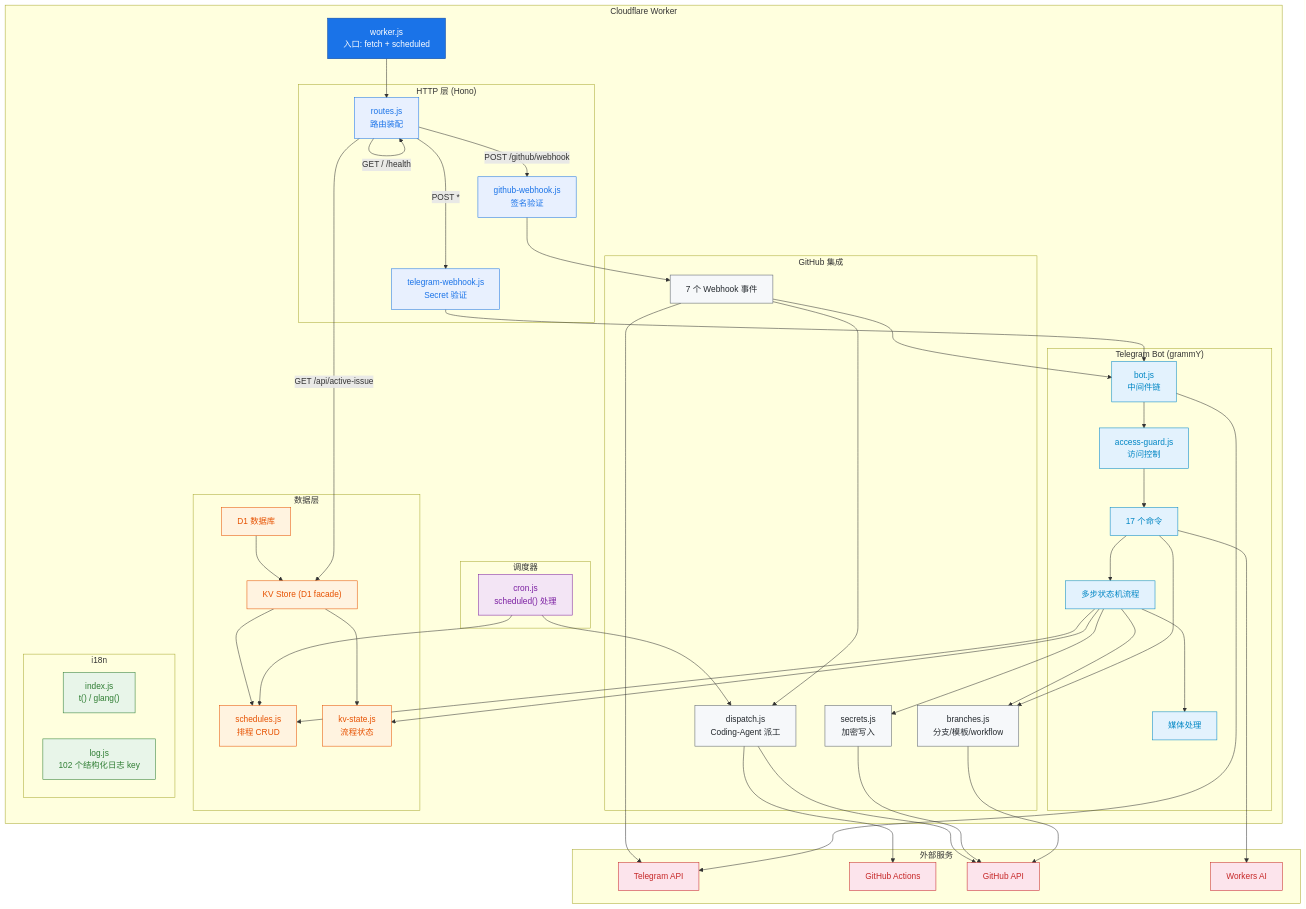
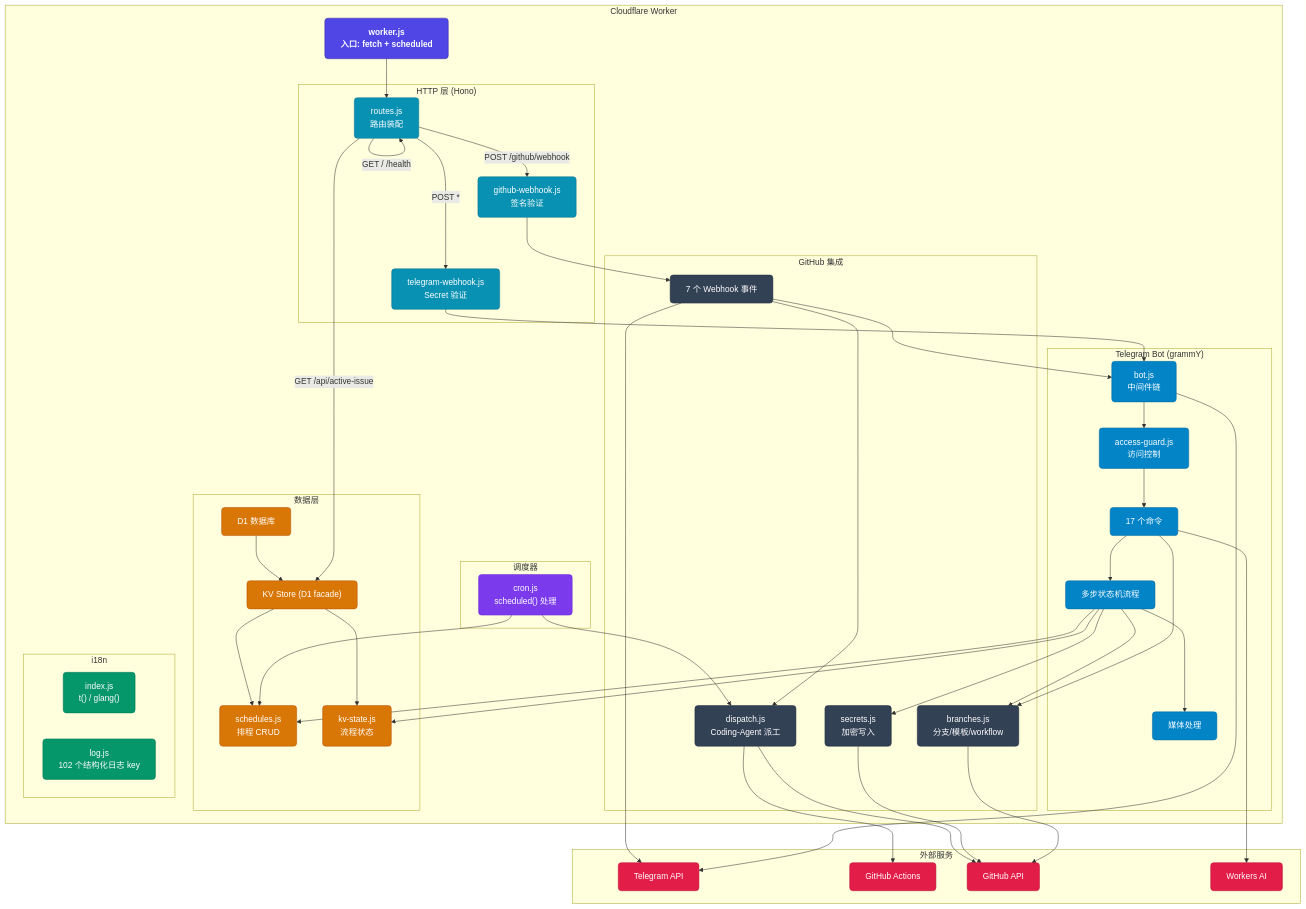
One commit to jeffsia-blacksmith/altShiftClawCore changed the first of 11 diagrams in src/ARCHITECTURE.md. Above: the diagram before and after it, drawn with Mermaid. The commit also changed other lines of this file and 30 other files, not shown here.

````diff
--- a/src/ARCHITECTURE.md
+++ b/src/ARCHITECTURE.md
@@ -36,15 +36,14 @@
 ```mermaid
 graph TB
-    %% 样式定义
-    classDef entry fill:#1a73e8,stroke:#0d47a1,color:#fff
-    classDef http fill:#e8f0fe,stroke:#1a73e8,color:#1a73e8
-    classDef telegram fill:#e3f2fd,stroke:#0086c4,color:#0086c4
-    classDef github fill:#f6f8fa,stroke:#586069,color:#24292e
-    classDef data fill:#fff3e0,stroke:#e65100,color:#e65100
-    classDef cron fill:#f3e5f5,stroke:#7b1fa2,color:#7b1fa2
-    classDef i18n fill:#e8f5e9,stroke:#2e7d32,color:#2e7d32
-    classDef external fill:#fce4ec,stroke:#c62828,color:#c62828
-    classDef subBox fill:none,stroke-dasharray:5 5
+    %% 统一配色与样式规范
+    classDef entry fill:#4f46e5,stroke:#3730a3,color:#fff,font-weight:bold,rx:6px
+    classDef http fill:#0891b2,stroke:#0e7490,color:#fff,rx:6px
+    classDef telegram fill:#0284c7,stroke:#0369a1,color:#fff,rx:6px
+    classDef github fill:#334155,stroke:#1e293b,color:#fff,rx:6px
+    classDef data fill:#d97706,stroke:#b45309,color:#fff,rx:6px
+    classDef cron fill:#7c3aed,stroke:#6d28d9,color:#fff,rx:6px
+    classDef i18n fill:#059669,stroke:#047857,color:#fff,rx:6px
+    classDef external fill:#e11d48,stroke:#be123c,color:#fff,rx:6px
 
     subgraph "Cloudflare Worker"
         Worker["worker.js<br/>入口: fetch + scheduled"]:::entry
````
